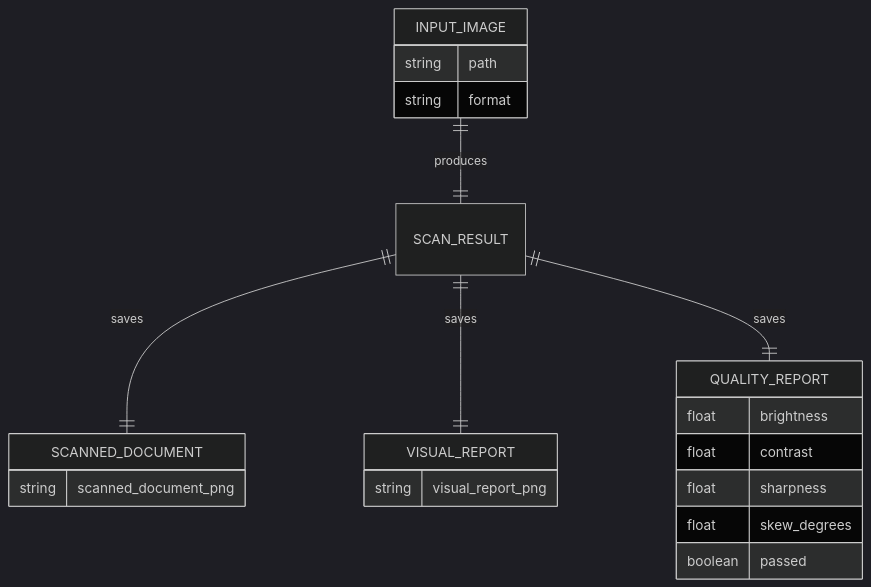
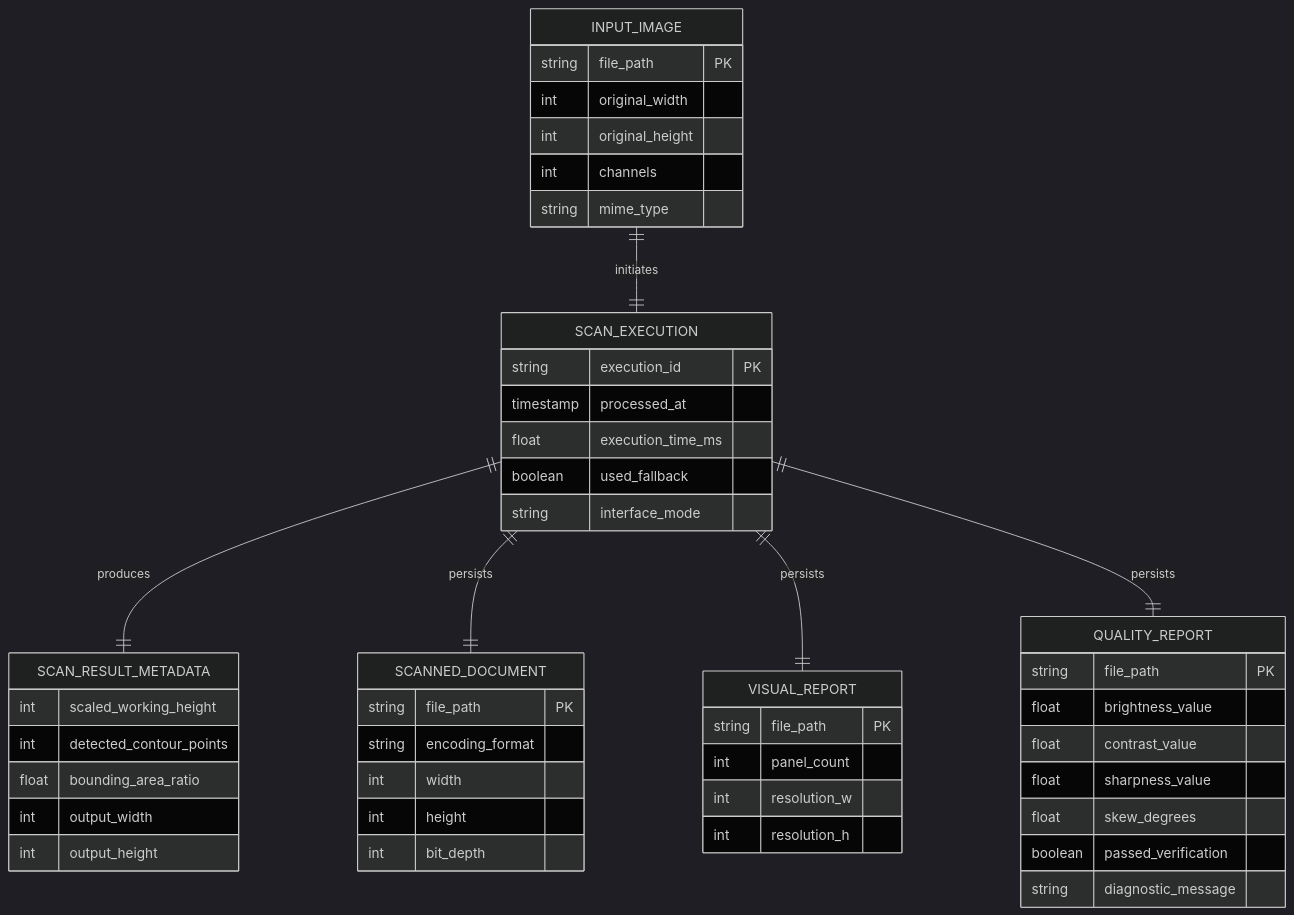
One commit to AbhiralJain07/Computer-Vision-24BAI10677 changed the diagram in docs/diagrams/storage_design.md. Above: the diagram before and after it, drawn with Mermaid (dark theme). The commit also changed other lines of this file and 13 other files, not shown here.

````diff
--- a/docs/diagrams/storage_design.md
+++ b/docs/diagrams/storage_design.md
@@ -5,25 +3,57 @@
 ```mermaid
 erDiagram
-    INPUT_IMAGE ||--|| SCAN_RESULT : produces
-    SCAN_RESULT ||--|| SCANNED_DOCUMENT : saves
-    SCAN_RESULT ||--|| VISUAL_REPORT : saves
-    SCAN_RESULT ||--|| QUALITY_REPORT : saves
+    INPUT_IMAGE ||--|| SCAN_EXECUTION : initiates
+    SCAN_EXECUTION ||--|| SCAN_RESULT_METADATA : produces
+    SCAN_EXECUTION ||--|| SCANNED_DOCUMENT : persists
+    SCAN_EXECUTION ||--|| VISUAL_REPORT : persists
+    SCAN_EXECUTION ||--|| QUALITY_REPORT : persists
 
     INPUT_IMAGE {
-        string path
-        string format
+        string file_path PK
+        int original_width
+        int original_height
+        int channels
+        string mime_type
     }
+
+    SCAN_EXECUTION {
+        string execution_id PK
+        timestamp processed_at
+        float execution_time_ms
+        boolean used_fallback
+        string interface_mode
+    }
+
+    SCAN_RESULT_METADATA {
+        int scaled_working_height
+        int detected_contour_points
+        float bounding_area_ratio
+        int output_width
+        int output_height
+    }
+
     SCANNED_DOCUMENT {
-        string scanned_document_png
+        string file_path PK
+        string encoding_format
+        int width
+        int height
+        int bit_depth
     }
+
     VISUAL_REPORT {
-        string visual_report_png
+        string file_path PK
+        int panel_count
+        int resolution_w
+        int resolution_h
     }
+
     QUALITY_REPORT {
-        float brightness
-        float contrast
-        float sharpness
+        string file_path PK
+        float brightness_value
+        float contrast_value
+        float sharpness_value
         float skew_degrees
-        boolean passed
+        boolean passed_verification
+        string diagnostic_message
     }
 ```
````
